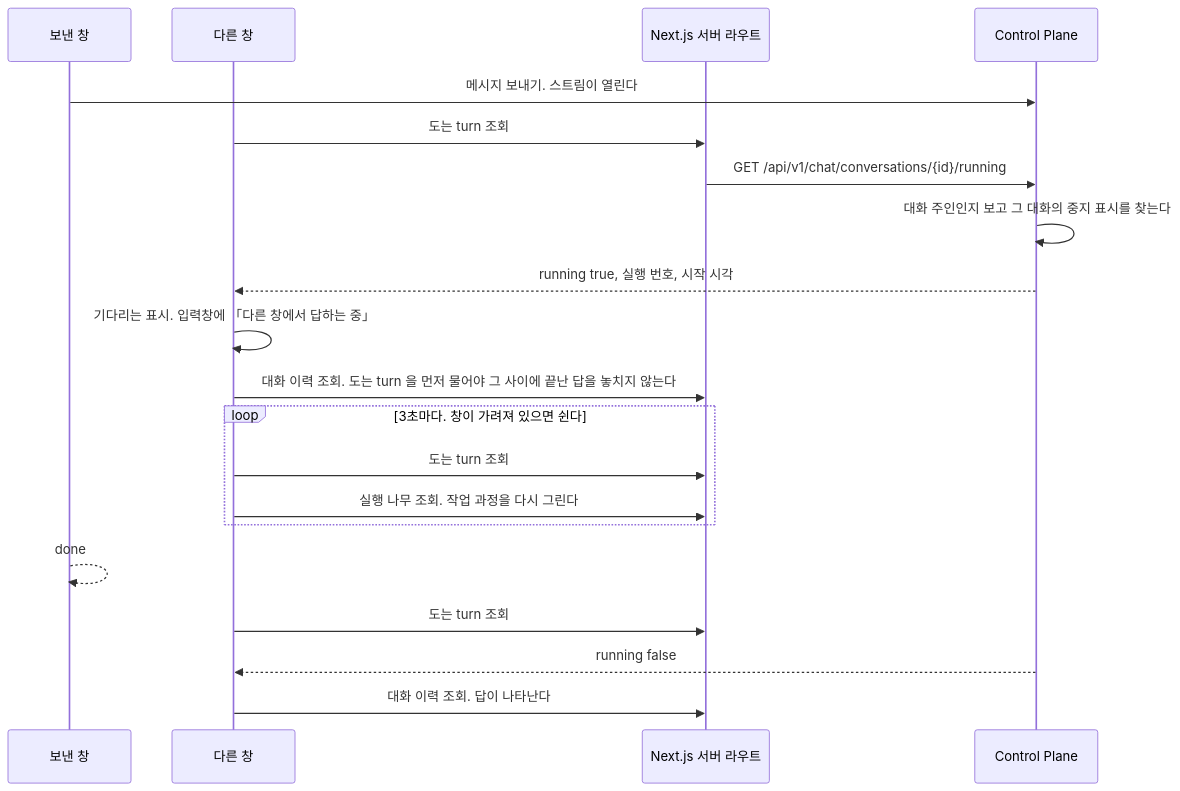
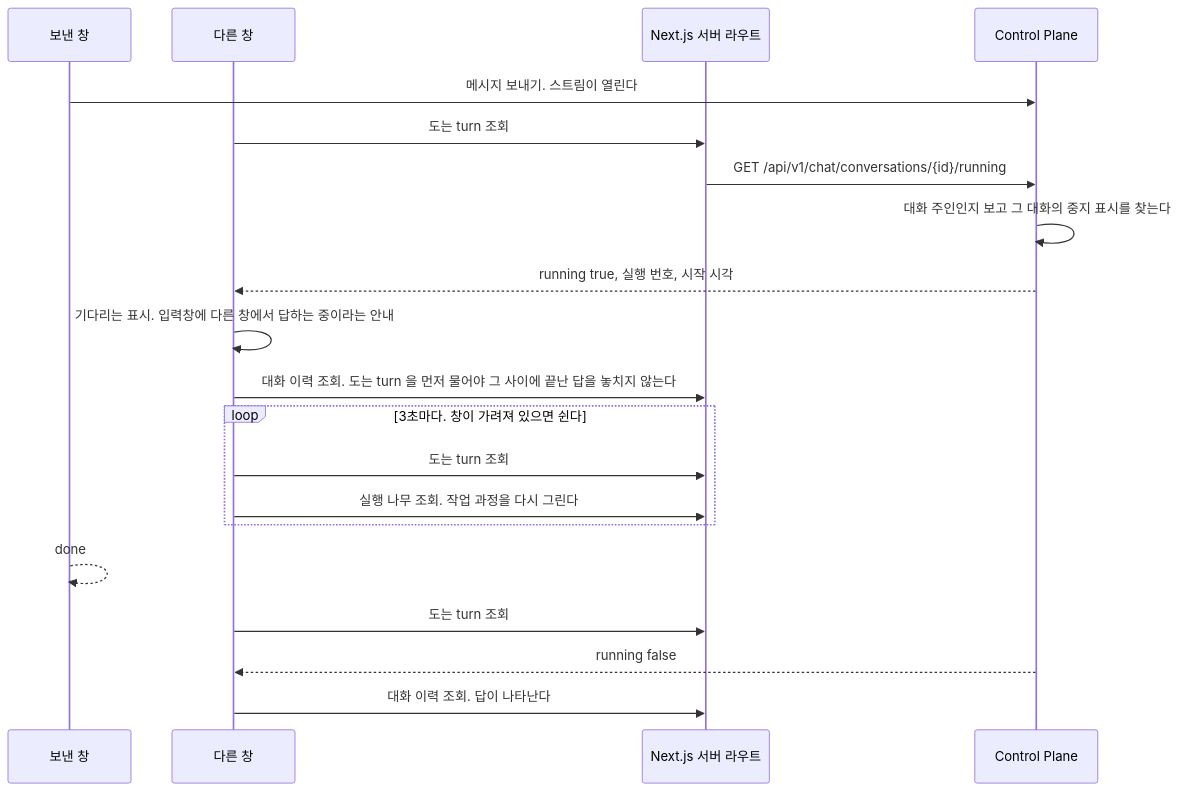
Before and after one commit to jon890/fos-assistant: the third of 5 diagrams in docs/frontend/chat.md, drawn with Mermaid. The commit also changed other lines of this file and 38 other files, not shown here.

````diff
--- a/docs/frontend/chat.md
+++ b/docs/frontend/chat.md
@@ -145,23 +146,23 @@
 ```mermaid
 sequenceDiagram
     participant A as 보낸 창
     participant B as 다른 창
     participant W as Next.js 서버 라우트
     participant C as Control Plane
 
     A->>C: 메시지 보내기. 스트림이 열린다
     B->>W: 도는 turn 조회
     W->>C: GET /api/v1/chat/conversations/{id}/running
     C->>C: 대화 주인인지 보고 그 대화의 중지 표시를 찾는다
     C-->>B: running true, 실행 번호, 시작 시각
-    B->>B: 기다리는 표시. 입력창에 「다른 창에서 답하는 중」
+    B->>B: 기다리는 표시. 입력창에 다른 창에서 답하는 중이라는 안내
     B->>W: 대화 이력 조회. 도는 turn 을 먼저 물어야 그 사이에 끝난 답을 놓치지 않는다
     loop 3초마다. 창이 가려져 있으면 쉰다
         B->>W: 도는 turn 조회
         B->>W: 실행 나무 조회. 작업 과정을 다시 그린다
     end
     A-->>A: done
     B->>W: 도는 turn 조회
     C-->>B: running false
     B->>W: 대화 이력 조회. 답이 나타난다
 ```
````
